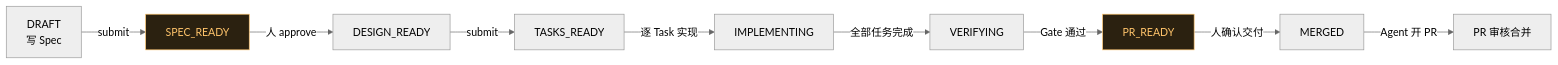
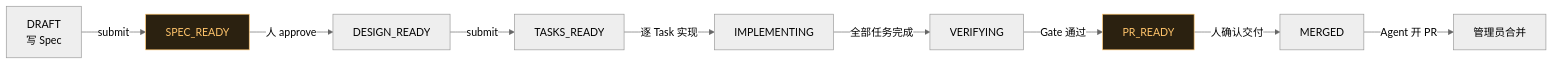
The diagram in README.md (RyanBrainNew/sdd-kit), drawn with Mermaid (neutral theme) before and after one commit. The commit also changed other lines of this file and 8 other files, not shown here.

````diff
--- a/README.md
+++ b/README.md
@@ -72,14 +33,14 @@
 ```mermaid
 flowchart LR
   D[DRAFT<br/>写 Spec] -->|submit| S[SPEC_READY]
   S -->|人 approve| DS[DESIGN_READY]
   DS -->|submit| T[TASKS_READY]
   T -->|逐 Task 实现| I[IMPLEMENTING]
   I -->|全部任务完成| V[VERIFYING]
   V -->|Gate 通过| P[PR_READY]
   P -->|人确认交付| M[MERGED]
-  M -->|Agent 开 PR| R[PR 审核合并]
+  M -->|Agent 开 PR| R[管理员合并]
 
   classDef gate fill:#2b2110,stroke:#ffc46b,color:#ffc46b;
   class S,P gate;
 ```
````
